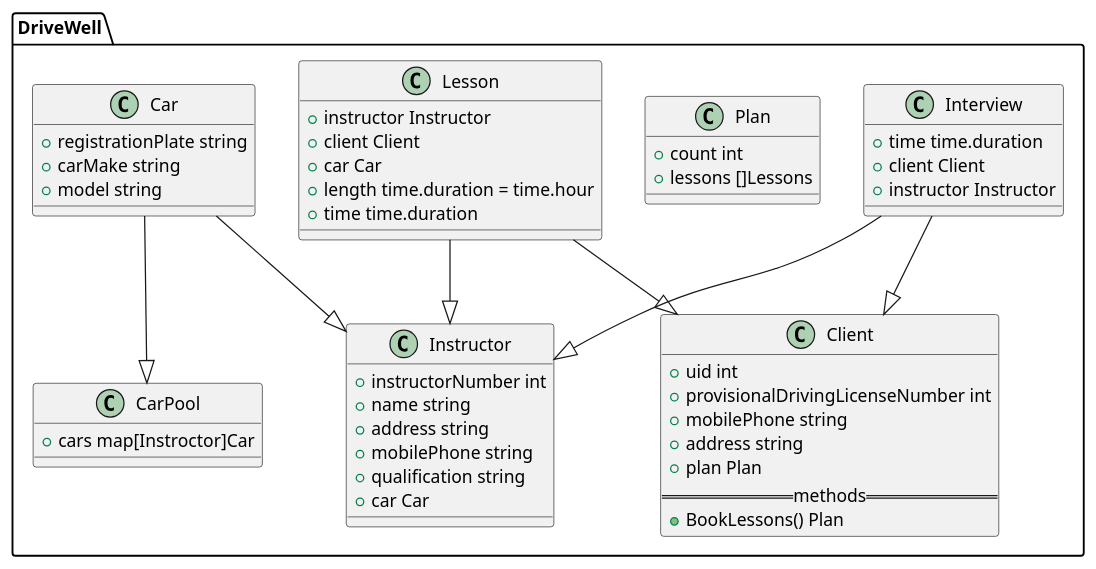
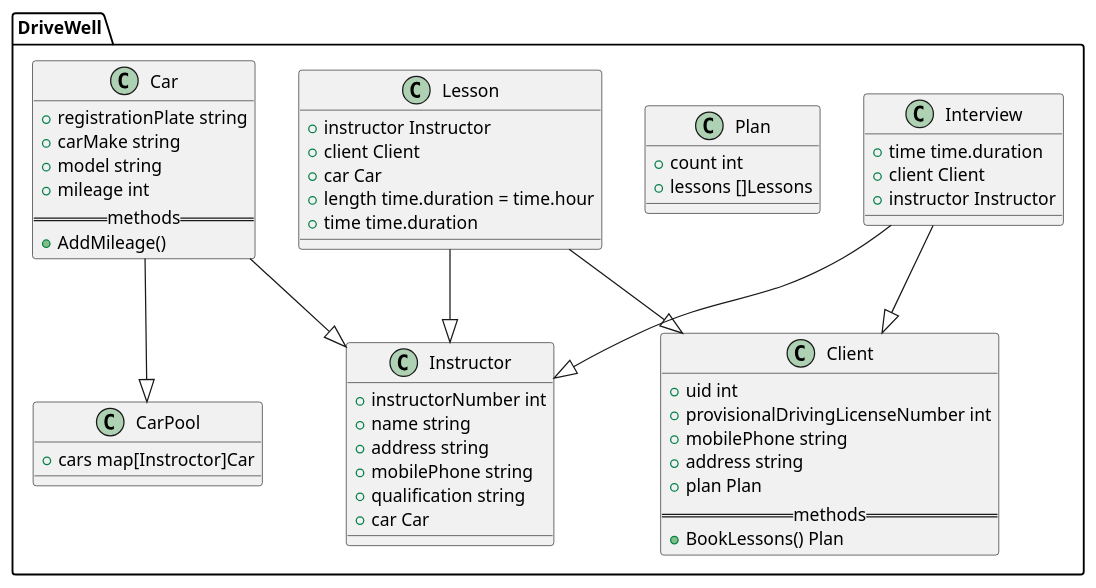
The second of 2 diagrams in CS335FZ-Software-Engineering-Software-Process/FinalExam/SUMMER 2019 EXAMINATION.md (Anxiu0101/Semester4LectureNotes), drawn with PlantUML before and after one commit.

Commit message:
vault backup: 2022-06-21 14:34:22

````diff
--- a/CS335FZ-Software-Engineering-Software-Process/FinalExam/SUMMER 2019 EXAMINATION.md
+++ b/CS335FZ-Software-Engineering-Software-Process/FinalExam/SUMMER 2019 EXAMINATION.md
@@ -37,57 +37,60 @@
 ```puml
 package DriveWell {
 	class Instructor {
 		+ instructorNumber int
 		+ name string
 		+ address string
 		+ mobilePhone string
 		+ qualification string
 		+ car Car
 	}
 	
 	class Interview {
 		+ time time.duration
 		+ client Client
 		+ instructor Instructor
 	}
 	Interview --|> Client
 	Interview --|> Instructor
 	
 	class Client {
 		+ uid int
 		+ provisionalDrivingLicenseNumber int
 		+ mobilePhone string
 		+ address string
 		+ plan Plan
 		== methods ==
 		+ BookLessons() Plan
 	}
 	
 	class Plan {
 		+ count int
 		+ lessons []Lessons
 	}
 	
 	class Lesson {
 		+ instructor Instructor
 		+ client Client
 		+ car Car
 		+ length time.duration = time.hour
 		+ time time.duration
 	}
 	Lesson --|> Client
 	Lesson --|> Instructor
 	
 	class Car {
 		+ registrationPlate string
 		+ carMake string
 		+ model string
+		+ mileage int
+		== methods ==
+		+ AddMileage()
 	}
 	Car --|> Instructor
 	
 	class CarPool {
 		+ cars map[Instroctor]Car
 	}
 	Car --|> CarPool
 }
 ```
````
